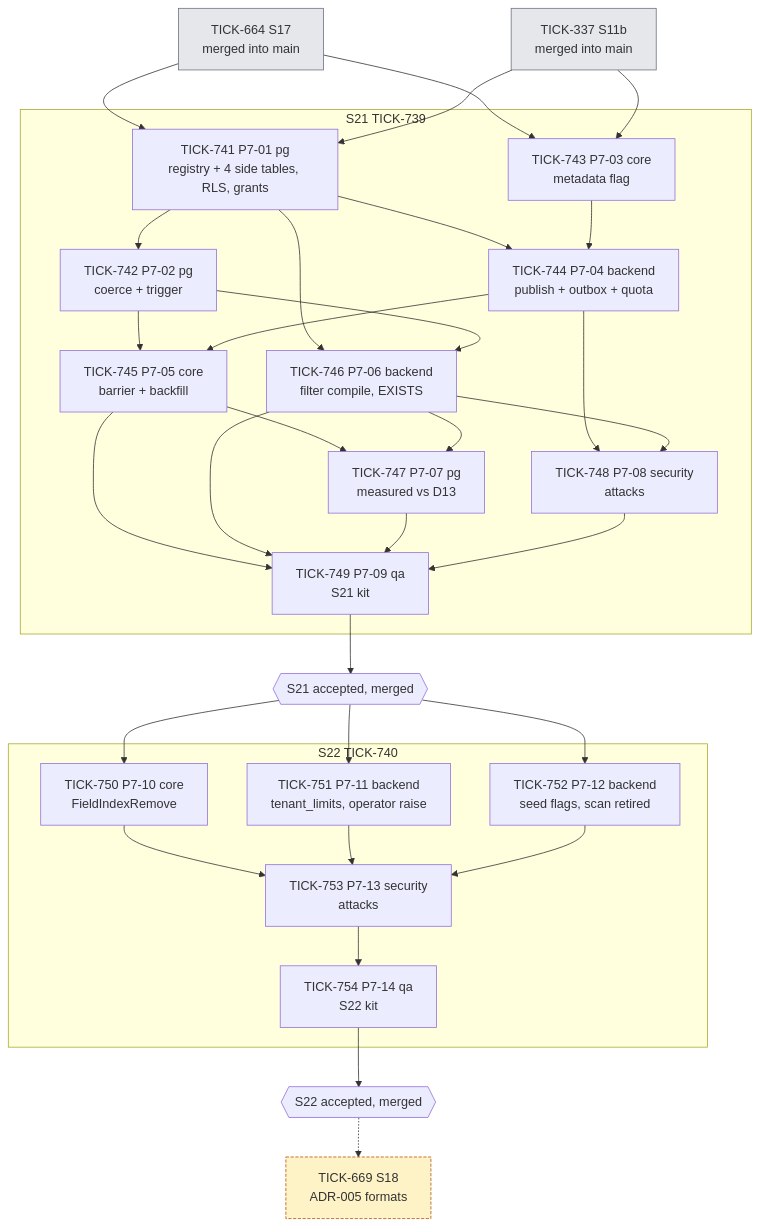
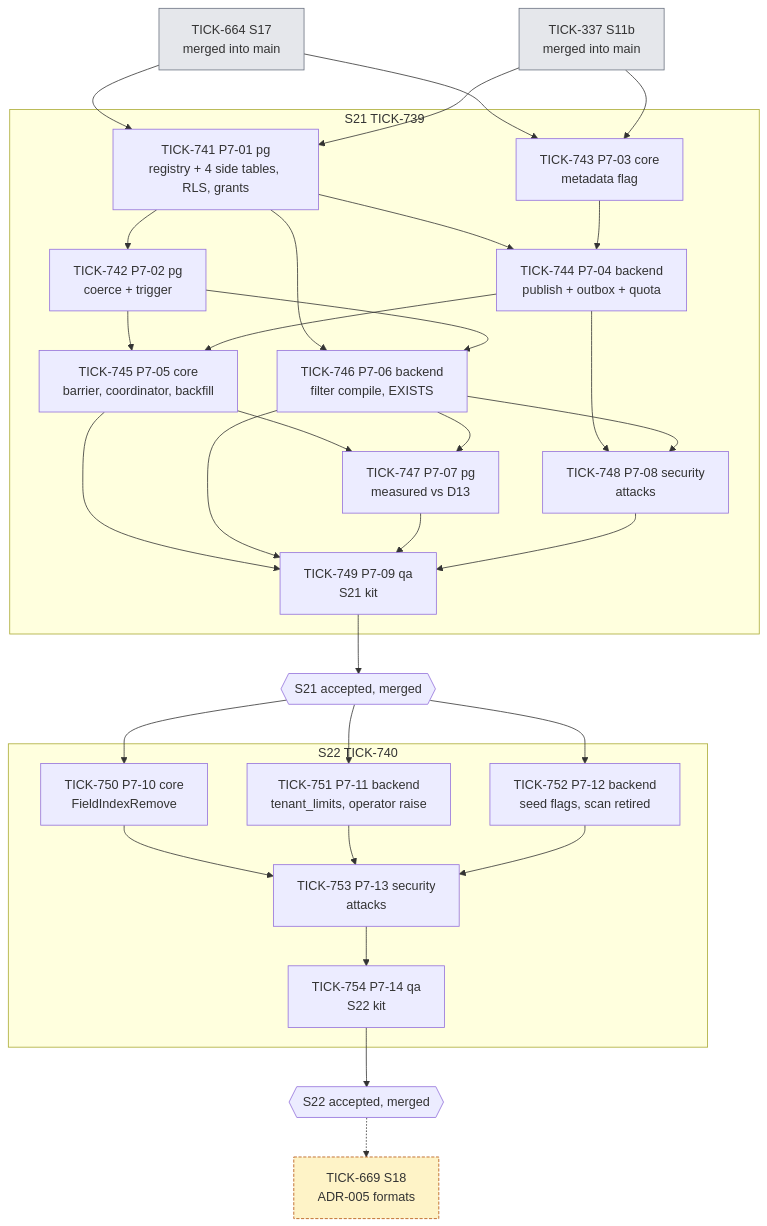
The first of 2 diagrams in docs/delivery/plan-adr-006.md (Navaladi2019/TicketingSystem), drawn with Mermaid before and after one commit. The commit also changed other lines of this file and 1 other file, not shown here.

Commit message:
TICK-736: PLAN-007 D-7-12 to D-7-15 from the Solution Architect's CHANGES

````diff
--- a/docs/delivery/plan-adr-006.md
+++ b/docs/delivery/plan-adr-006.md
@@ -45,59 +49,59 @@
 ```mermaid
 flowchart TD
     S17[TICK-664 S17<br/>merged into main]:::ext
     S11b[TICK-337 S11b<br/>merged into main]:::ext
 
     subgraph S21 [S21 TICK-739]
       T741[TICK-741 P7-01 pg<br/>registry + 4 side tables, RLS, grants]
       T742[TICK-742 P7-02 pg<br/>coerce + trigger]
       T743[TICK-743 P7-03 core<br/>metadata flag]
       T744[TICK-744 P7-04 backend<br/>publish + outbox + quota]
-      T745[TICK-745 P7-05 core<br/>barrier + backfill]
+      T745[TICK-745 P7-05 core<br/>barrier, coordinator, backfill]
       T746[TICK-746 P7-06 backend<br/>filter compile, EXISTS]
       T747[TICK-747 P7-07 pg<br/>measured vs D13]
       T748[TICK-748 P7-08 security<br/>attacks]
       T749[TICK-749 P7-09 qa<br/>S21 kit]
       T741 --> T742
       T741 --> T744
       T743 --> T744
       T742 --> T745
       T744 --> T745
       T741 --> T746
       T742 --> T746
       T745 --> T747
       T746 --> T747
       T744 --> T748
       T746 --> T748
       T745 --> T749
       T746 --> T749
       T747 --> T749
       T748 --> T749
     end
     S17 --> T741
     S11b --> T741
     S17 --> T743
     S11b --> T743
 
     subgraph S22 [S22 TICK-740]
       T750[TICK-750 P7-10 core<br/>FieldIndexRemove]
       T751[TICK-751 P7-11 backend<br/>tenant_limits, operator raise]
       T752[TICK-752 P7-12 backend<br/>seed flags, scan retired]
       T753[TICK-753 P7-13 security<br/>attacks]
       T754[TICK-754 P7-14 qa<br/>S22 kit]
       T750 --> T753
       T751 --> T753
       T752 --> T753
       T753 --> T754
     end
     T749 --> M21{{S21 accepted, merged}}
     M21 --> T750
     M21 --> T751
     M21 --> T752
 
     S18[TICK-669 S18<br/>ADR-005 formats]:::later
     T754 --> M22{{S22 accepted, merged}}
     M22 -.-> S18
 
     classDef ext fill:#e5e7eb,stroke:#6b7280
     classDef later fill:#fef3c7,stroke:#b45309,stroke-dasharray: 4 2
 ```
````
